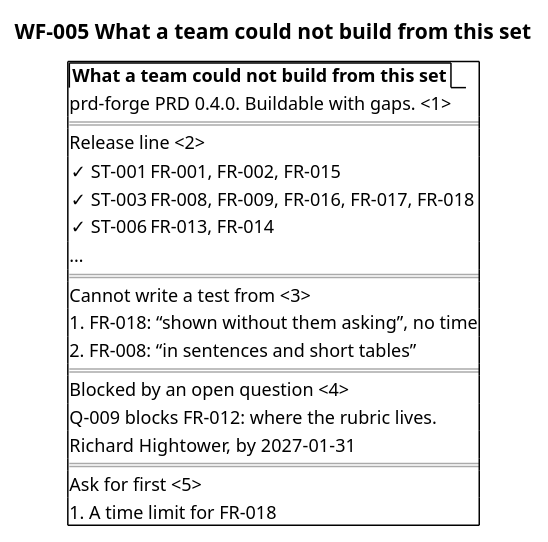
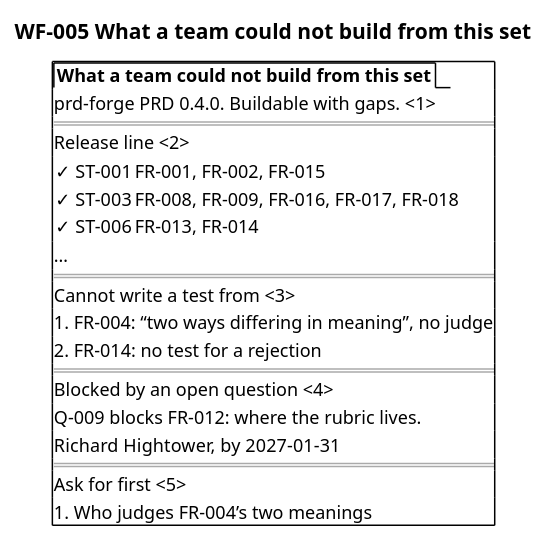
One commit to SpillwaveSolutions/prd-forge changed the diagram in docs/prd/prd-forge/diagrams/WF-005.puml. Above: the diagram before and after it, drawn with PlantUML. The commit also changed 8 other files, not shown here.

```diff
--- a/docs/prd/prd-forge/diagrams/WF-005.puml
+++ b/docs/prd/prd-forge/diagrams/WF-005.puml
@@ -1,26 +1,26 @@
 @startsalt
 title WF-005 What a team could not build from this set
 {+
   {/ <b>What a team could not build from this set</b> }
   prd-forge PRD 0.4.0. Buildable with gaps. <1>
   ==
   Release line <2>
   {
     ✓ ST-001 | FR-001, FR-002, FR-015
     ✓ ST-003 | FR-008, FR-009, FR-016, FR-017, FR-018
     ✓ ST-006 | FR-013, FR-014
   }
   …
   ==
   Cannot write a test from <3>
-  1. FR-018: “shown without them asking”, no time
-  2. FR-008: “in sentences and short tables”
+  1. FR-004: “two ways differing in meaning”, no judge
+  2. FR-014: no test for a rejection
   ==
   Blocked by an open question <4>
   Q-009 blocks FR-012: where the rubric lives.
   Richard Hightower, by 2027-01-31
   ==
   Ask for first <5>
-  1. A time limit for FR-018
+  1. Who judges FR-004’s two meanings
 }
 @endsalt
```
